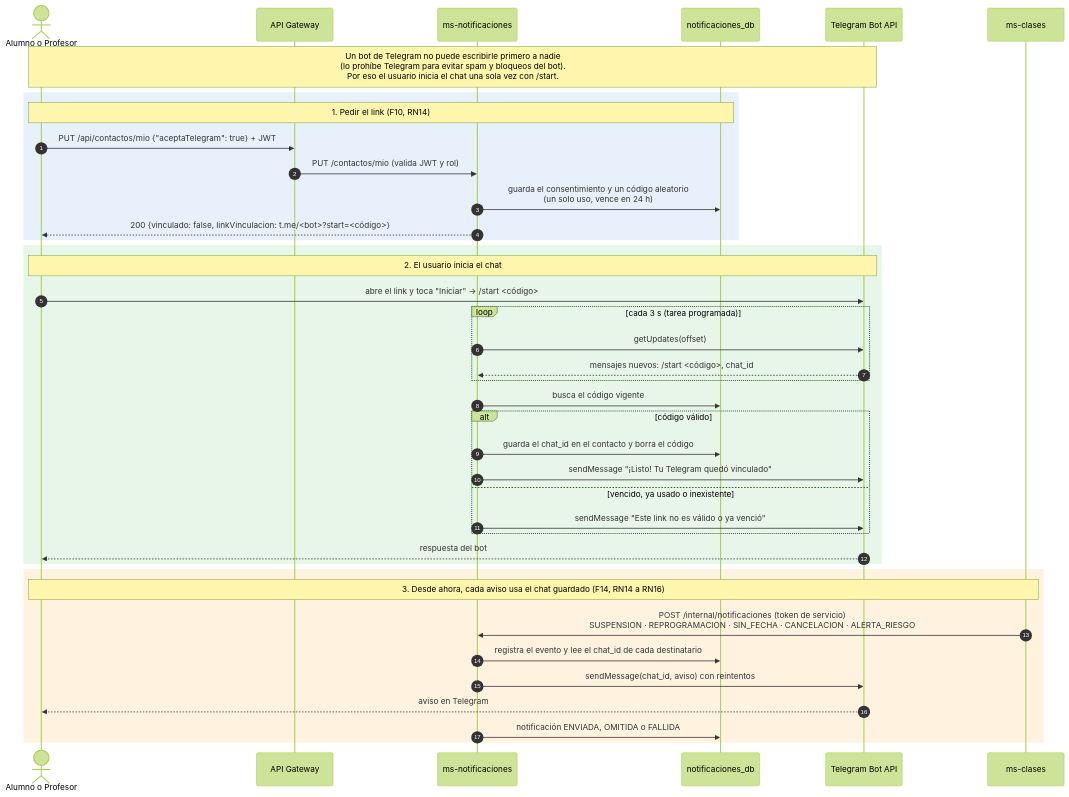
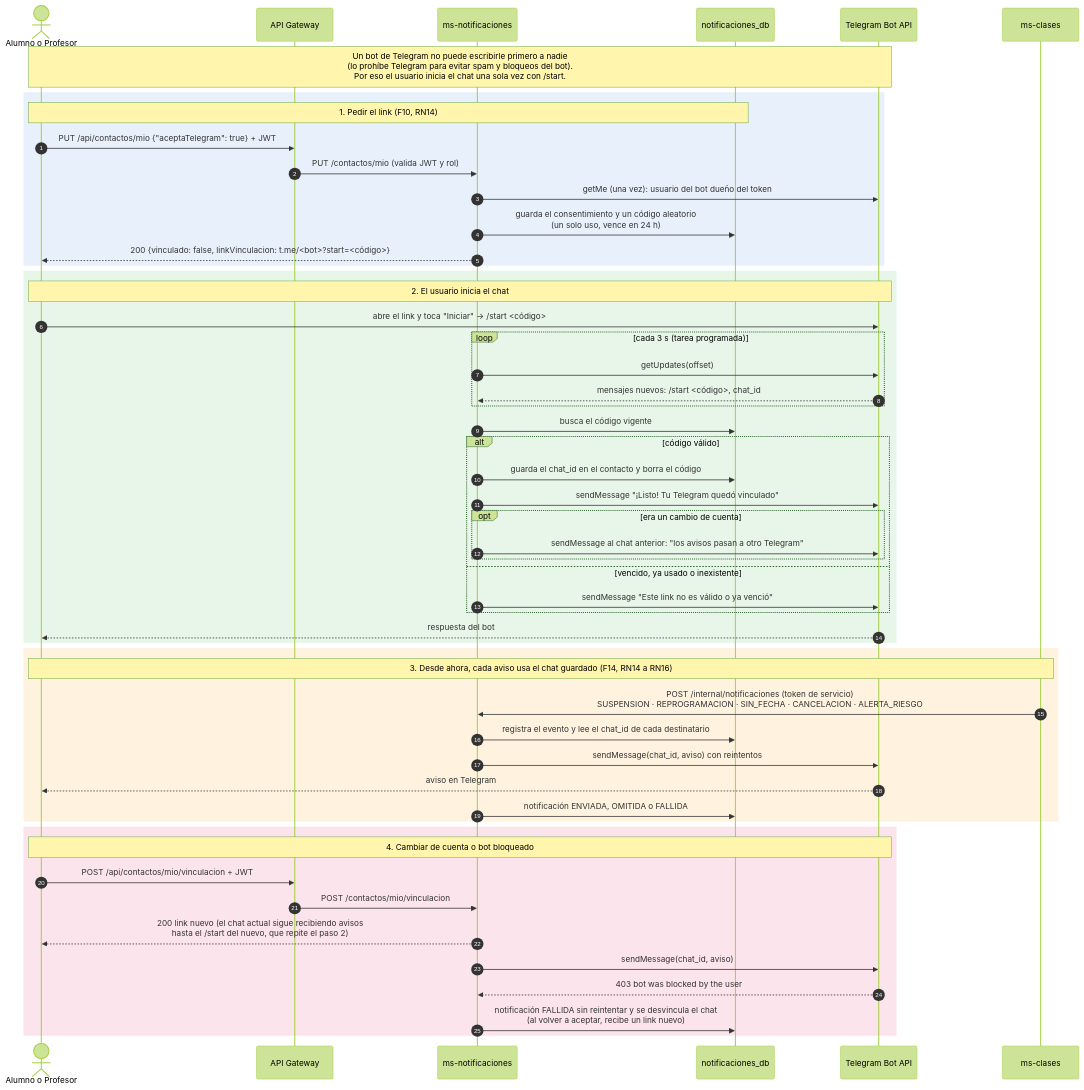
One commit to tomy91449/climafit changed the diagram in docs/diagramas/vinculacion-telegram.mmd. Above: the diagram before and after it, drawn with Mermaid (forest theme). The commit also changed 24 other files, not shown here.

First line of the commit message:
Notificaciones: usuario del bot por getMe, cambio de cuenta y bot bloqueado

```diff
--- a/docs/diagramas/vinculacion-telegram.mmd
+++ b/docs/diagramas/vinculacion-telegram.mmd
@@ -1,45 +1,59 @@
 %% Secuencia - Vinculación con Telegram y avisos posteriores - ClimaFit
 sequenceDiagram
   autonumber
   actor U as Alumno o Profesor
   participant GW as API Gateway
   participant N as ms-notificaciones
   participant DB as notificaciones_db
   participant T as Telegram Bot API
   participant C as ms-clases
 
   Note over U,T: Un bot de Telegram no puede escribirle primero a nadie<br/>(lo prohíbe Telegram para evitar spam y bloqueos del bot).<br/>Por eso el usuario inicia el chat una sola vez con /start.
 
   rect rgb(232, 241, 251)
     Note over U,DB: 1. Pedir el link (F10, RN14)
     U->>GW: PUT /api/contactos/mio {"aceptaTelegram": true} + JWT
     GW->>N: PUT /contactos/mio (valida JWT y rol)
+    N->>T: getMe (una vez): usuario del bot dueño del token
     N->>DB: guarda el consentimiento y un código aleatorio<br/>(un solo uso, vence en 24 h)
     N-->>U: 200 {vinculado: false, linkVinculacion: t.me/#lt;bot#gt;?start=#lt;código#gt;}
   end
 
   rect rgb(232, 245, 233)
     Note over U,T: 2. El usuario inicia el chat
     U->>T: abre el link y toca "Iniciar" → /start #lt;código#gt;
     loop cada 3 s (tarea programada)
       N->>T: getUpdates(offset)
       T-->>N: mensajes nuevos: /start #lt;código#gt;, chat_id
     end
     N->>DB: busca el código vigente
     alt código válido
       N->>DB: guarda el chat_id en el contacto y borra el código
       N->>T: sendMessage "¡Listo! Tu Telegram quedó vinculado"
+      opt era un cambio de cuenta
+        N->>T: sendMessage al chat anterior: "los avisos pasan a otro Telegram"
+      end
     else vencido, ya usado o inexistente
       N->>T: sendMessage "Este link no es válido o ya venció"
     end
     T-->>U: respuesta del bot
   end
 
   rect rgb(255, 243, 224)
     Note over U,C: 3. Desde ahora, cada aviso usa el chat guardado (F14, RN14 a RN16)
     C->>N: POST /internal/notificaciones (token de servicio)<br/>SUSPENSION · REPROGRAMACION · SIN_FECHA · CANCELACION · ALERTA_RIESGO
     N->>DB: registra el evento y lee el chat_id de cada destinatario
     N->>T: sendMessage(chat_id, aviso) con reintentos
     T-->>U: aviso en Telegram
     N->>DB: notificación ENVIADA, OMITIDA o FALLIDA
   end
+
+  rect rgb(252, 228, 236)
+    Note over U,T: 4. Cambiar de cuenta o bot bloqueado
+    U->>GW: POST /api/contactos/mio/vinculacion + JWT
+    GW->>N: POST /contactos/mio/vinculacion
+    N-->>U: 200 link nuevo (el chat actual sigue recibiendo avisos<br/>hasta el /start del nuevo, que repite el paso 2)
+    N->>T: sendMessage(chat_id, aviso)
+    T-->>N: 403 bot was blocked by the user
+    N->>DB: notificación FALLIDA sin reintentar y se desvincula el chat<br/>(al volver a aceptar, recibe un link nuevo)
+  end
```
